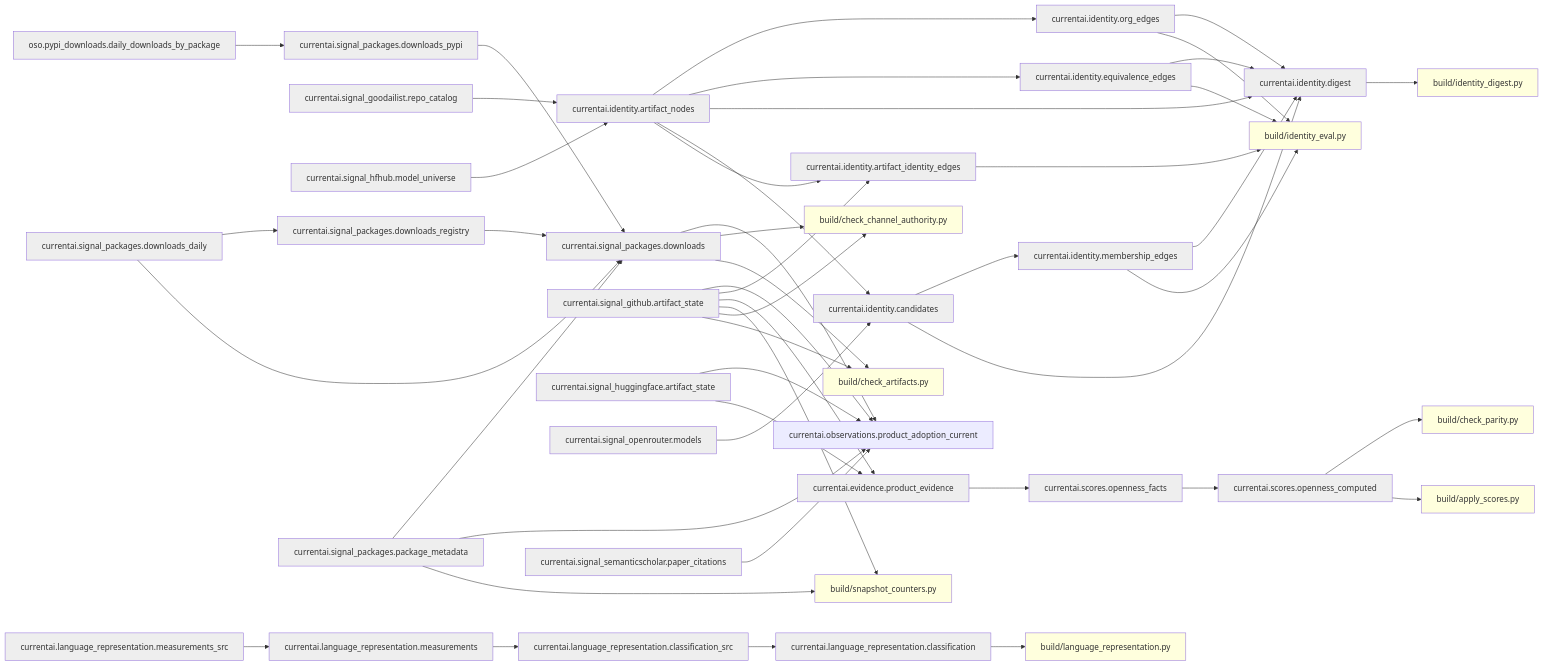
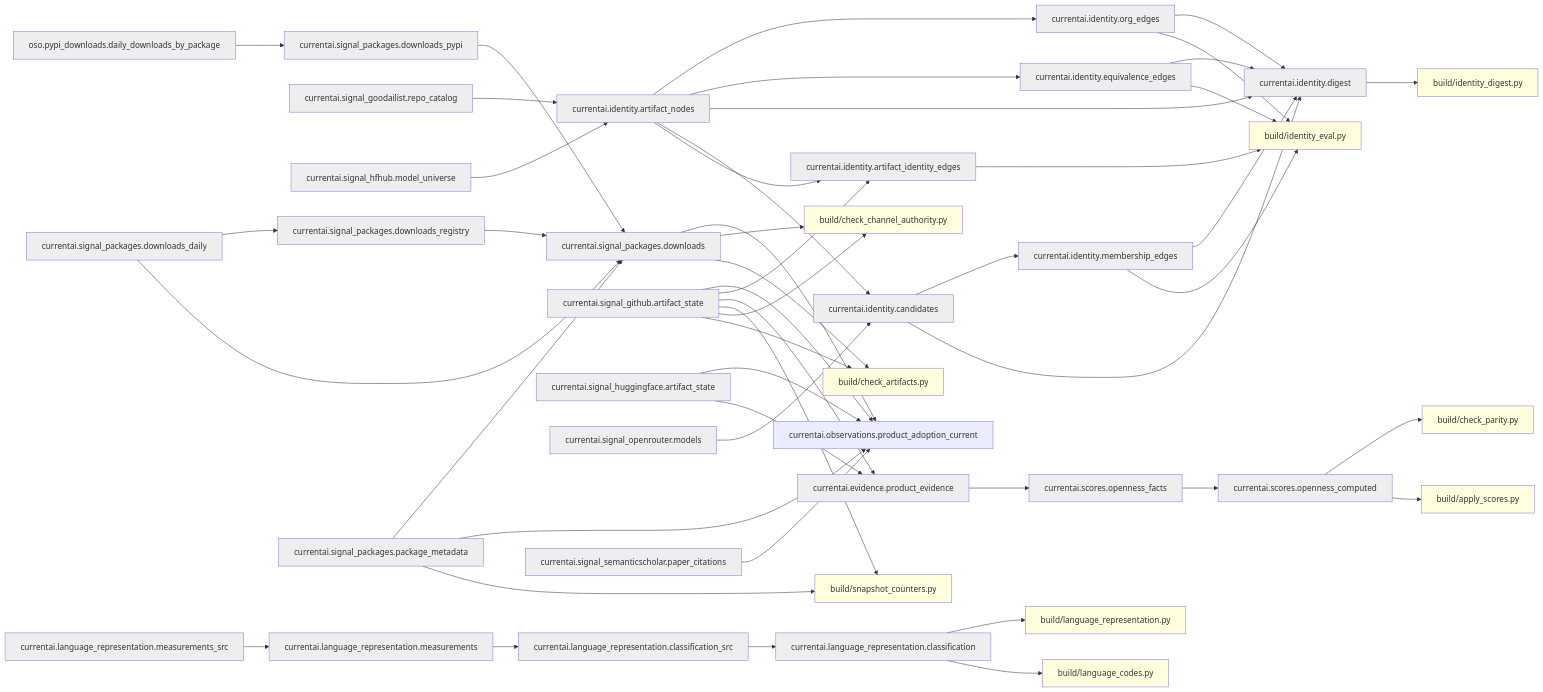
The second of 3 diagrams in docs/architecture/current-state-dag.md (currentai-org/os-ai-map), drawn with Mermaid before and after one commit. The commit also changed 3 other files, not shown here.

First line of the commit message:
Register the language-code sync as an audit root and keep the warehouse out of the serializers

````diff
--- a/docs/architecture/current-state-dag.md
+++ b/docs/architecture/current-state-dag.md
@@ -93,52 +93,53 @@
 ```mermaid
 graph LR
   currentai__evidence__product_evidence[currentai.evidence.product_evidence]:::dep --> currentai__scores__openness_facts[currentai.scores.openness_facts]:::dep
   currentai__identity__artifact_identity_edges[currentai.identity.artifact_identity_edges]:::dep --> build/identity_eval__py[build/identity_eval.py]:::audit
   currentai__identity__artifact_nodes[currentai.identity.artifact_nodes]:::dep --> currentai__identity__artifact_identity_edges[currentai.identity.artifact_identity_edges]:::dep
   currentai__identity__artifact_nodes[currentai.identity.artifact_nodes]:::dep --> currentai__identity__candidates[currentai.identity.candidates]:::dep
   currentai__identity__artifact_nodes[currentai.identity.artifact_nodes]:::dep --> currentai__identity__digest[currentai.identity.digest]:::dep
   currentai__identity__artifact_nodes[currentai.identity.artifact_nodes]:::dep --> currentai__identity__equivalence_edges[currentai.identity.equivalence_edges]:::dep
   currentai__identity__artifact_nodes[currentai.identity.artifact_nodes]:::dep --> currentai__identity__org_edges[currentai.identity.org_edges]:::dep
   currentai__identity__candidates[currentai.identity.candidates]:::dep --> currentai__identity__digest[currentai.identity.digest]:::dep
   currentai__identity__candidates[currentai.identity.candidates]:::dep --> currentai__identity__membership_edges[currentai.identity.membership_edges]:::dep
   currentai__identity__digest[currentai.identity.digest]:::dep --> build/identity_digest__py[build/identity_digest.py]:::audit
   currentai__identity__equivalence_edges[currentai.identity.equivalence_edges]:::dep --> build/identity_eval__py[build/identity_eval.py]:::audit
   currentai__identity__equivalence_edges[currentai.identity.equivalence_edges]:::dep --> currentai__identity__digest[currentai.identity.digest]:::dep
   currentai__identity__membership_edges[currentai.identity.membership_edges]:::dep --> build/identity_eval__py[build/identity_eval.py]:::audit
   currentai__identity__membership_edges[currentai.identity.membership_edges]:::dep --> currentai__identity__digest[currentai.identity.digest]:::dep
   currentai__identity__org_edges[currentai.identity.org_edges]:::dep --> build/identity_eval__py[build/identity_eval.py]:::audit
   currentai__identity__org_edges[currentai.identity.org_edges]:::dep --> currentai__identity__digest[currentai.identity.digest]:::dep
+  currentai__language_representation__classification[currentai.language_representation.classification]:::dep --> build/language_codes__py[build/language_codes.py]:::audit
   currentai__language_representation__classification[currentai.language_representation.classification]:::dep --> build/language_representation__py[build/language_representation.py]:::audit
   currentai__language_representation__classification_src[currentai.language_representation.classification_src]:::dep --> currentai__language_representation__classification[currentai.language_representation.classification]:::dep
   currentai__language_representation__measurements[currentai.language_representation.measurements]:::dep --> currentai__language_representation__classification_src[currentai.language_representation.classification_src]:::dep
   currentai__language_representation__measurements_src[currentai.language_representation.measurements_src]:::dep --> currentai__language_representation__measurements[currentai.language_representation.measurements]:::dep
   currentai__scores__openness_computed[currentai.scores.openness_computed]:::dep --> build/apply_scores__py[build/apply_scores.py]:::audit
   currentai__scores__openness_computed[currentai.scores.openness_computed]:::dep --> build/check_parity__py[build/check_parity.py]:::audit
   currentai__scores__openness_facts[currentai.scores.openness_facts]:::dep --> currentai__scores__openness_computed[currentai.scores.openness_computed]:::dep
   currentai__signal_github__artifact_state[currentai.signal_github.artifact_state]:::dep --> build/check_artifacts__py[build/check_artifacts.py]:::audit
   currentai__signal_github__artifact_state[currentai.signal_github.artifact_state]:::dep --> build/check_channel_authority__py[build/check_channel_authority.py]:::audit
   currentai__signal_github__artifact_state[currentai.signal_github.artifact_state]:::dep --> build/snapshot_counters__py[build/snapshot_counters.py]:::audit
   currentai__signal_github__artifact_state[currentai.signal_github.artifact_state]:::dep --> currentai__evidence__product_evidence[currentai.evidence.product_evidence]:::dep
   currentai__signal_github__artifact_state[currentai.signal_github.artifact_state]:::dep --> currentai__identity__artifact_identity_edges[currentai.identity.artifact_identity_edges]:::dep
   currentai__signal_github__artifact_state[currentai.signal_github.artifact_state]:::dep --> currentai__observations__product_adoption_current[currentai.observations.product_adoption_current]
   currentai__signal_goodailist__repo_catalog[currentai.signal_goodailist.repo_catalog]:::dep --> currentai__identity__artifact_nodes[currentai.identity.artifact_nodes]:::dep
   currentai__signal_hfhub__model_universe[currentai.signal_hfhub.model_universe]:::dep --> currentai__identity__artifact_nodes[currentai.identity.artifact_nodes]:::dep
   currentai__signal_huggingface__artifact_state[currentai.signal_huggingface.artifact_state]:::dep --> currentai__evidence__product_evidence[currentai.evidence.product_evidence]:::dep
   currentai__signal_huggingface__artifact_state[currentai.signal_huggingface.artifact_state]:::dep --> currentai__observations__product_adoption_current[currentai.observations.product_adoption_current]
   currentai__signal_openrouter__models[currentai.signal_openrouter.models]:::dep --> currentai__identity__candidates[currentai.identity.candidates]:::dep
   currentai__signal_packages__downloads[currentai.signal_packages.downloads]:::dep --> build/check_artifacts__py[build/check_artifacts.py]:::audit
   currentai__signal_packages__downloads[currentai.signal_packages.downloads]:::dep --> build/check_channel_authority__py[build/check_channel_authority.py]:::audit
   currentai__signal_packages__downloads[currentai.signal_packages.downloads]:::dep --> currentai__observations__product_adoption_current[currentai.observations.product_adoption_current]
   currentai__signal_packages__downloads_daily[currentai.signal_packages.downloads_daily]:::dep --> currentai__signal_packages__downloads[currentai.signal_packages.downloads]:::dep
   currentai__signal_packages__downloads_daily[currentai.signal_packages.downloads_daily]:::dep --> currentai__signal_packages__downloads_registry[currentai.signal_packages.downloads_registry]:::dep
   currentai__signal_packages__downloads_pypi[currentai.signal_packages.downloads_pypi]:::dep --> currentai__signal_packages__downloads[currentai.signal_packages.downloads]:::dep
   currentai__signal_packages__downloads_registry[currentai.signal_packages.downloads_registry]:::dep --> currentai__signal_packages__downloads[currentai.signal_packages.downloads]:::dep
   currentai__signal_packages__package_metadata[currentai.signal_packages.package_metadata]:::dep --> build/snapshot_counters__py[build/snapshot_counters.py]:::audit
   currentai__signal_packages__package_metadata[currentai.signal_packages.package_metadata]:::dep --> currentai__observations__product_adoption_current[currentai.observations.product_adoption_current]
   currentai__signal_packages__package_metadata[currentai.signal_packages.package_metadata]:::dep --> currentai__signal_packages__downloads[currentai.signal_packages.downloads]:::dep
   currentai__signal_semanticscholar__paper_citations[currentai.signal_semanticscholar.paper_citations]:::dep --> currentai__observations__product_adoption_current[currentai.observations.product_adoption_current]
   oso__pypi_downloads__daily_downloads_by_package[oso.pypi_downloads.daily_downloads_by_package]:::dep --> currentai__signal_packages__downloads_pypi[currentai.signal_packages.downloads_pypi]:::dep
   classDef dep fill:#eee;
   classDef audit fill:#ffd;
   classDef src fill:#def;
 ```
````
